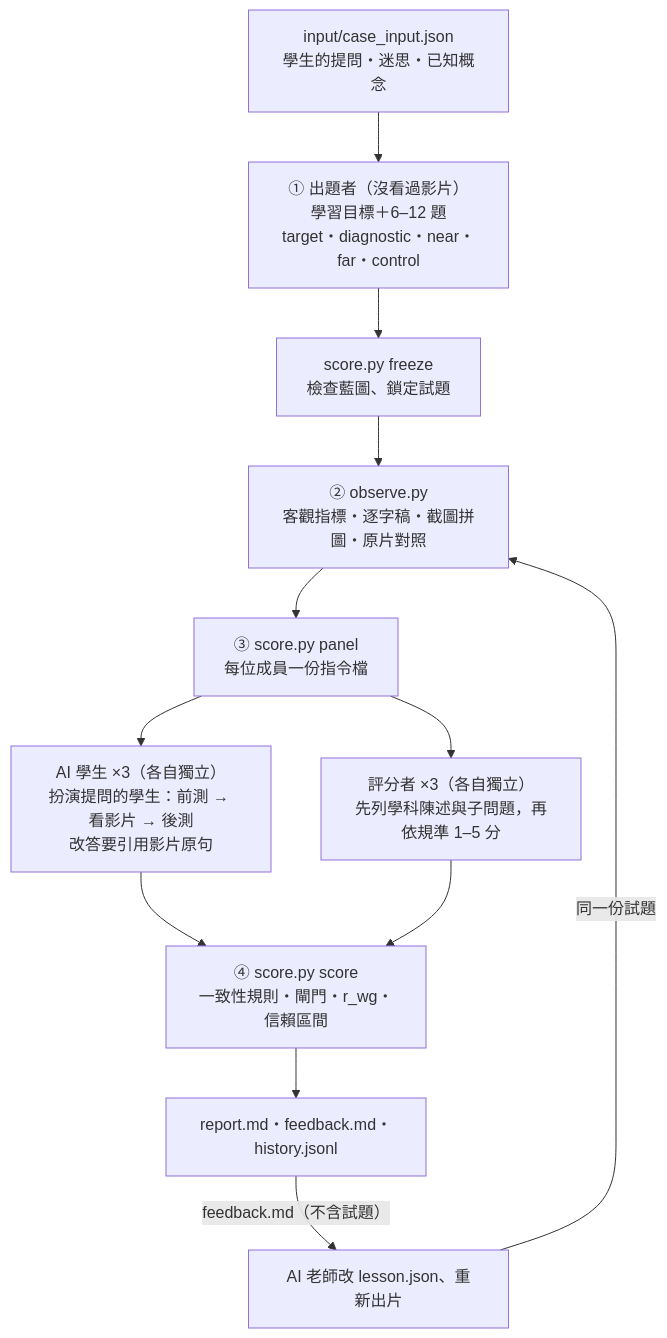
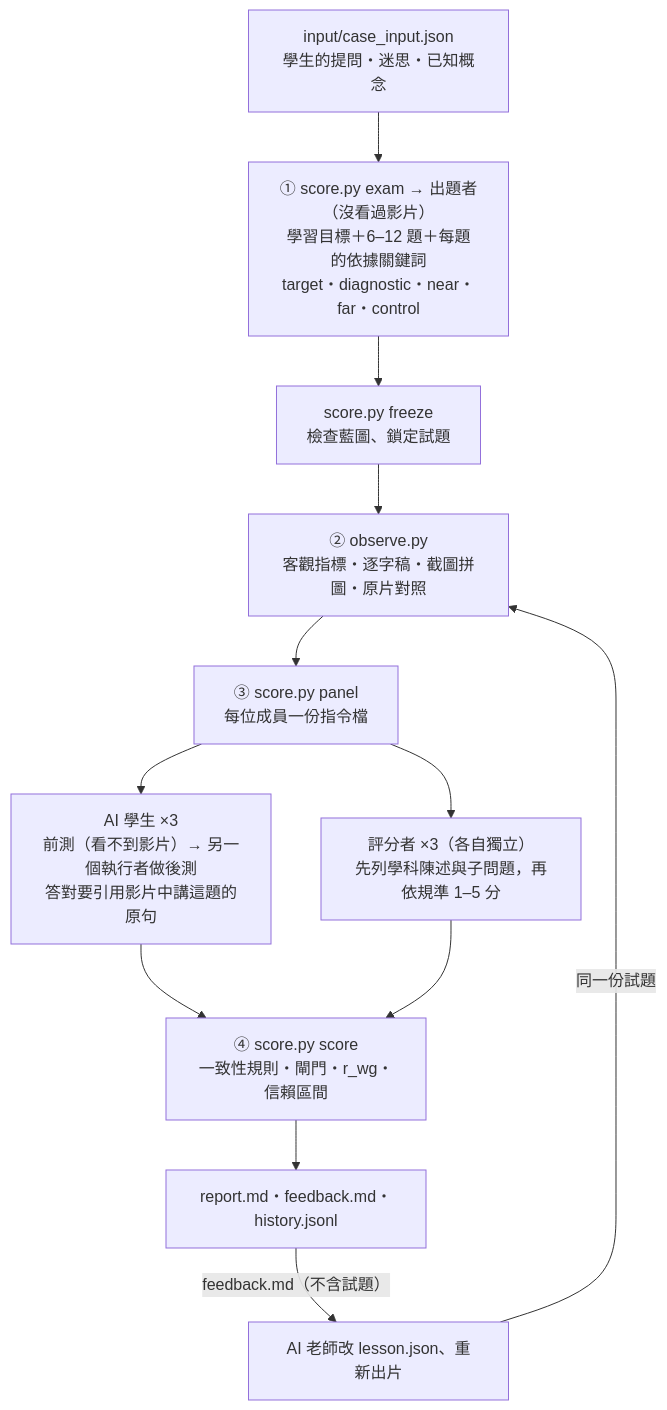
One commit to 47zzz/askback-skill changed the diagram in README.md. Above: the diagram before and after it, drawn with Mermaid. The commit also changed other lines of this file and 16 other files, not shown here.

````diff
--- a/README.md
+++ b/README.md
@@ -21,19 +21,19 @@
 ```mermaid
 flowchart TD
     CASE["input/case_input.json<br/>學生的提問・迷思・已知概念"]
-    EXAM["① 出題者（沒看過影片）<br/>學習目標＋6–12 題<br/>target・diagnostic・near・far・control"]
+    EXAM["① score.py exam → 出題者（沒看過影片）<br/>學習目標＋6–12 題＋每題的依據關鍵詞<br/>target・diagnostic・near・far・control"]
     LOCK["score.py freeze<br/>檢查藍圖、鎖定試題"]
     OBS["② observe.py<br/>客觀指標・逐字稿・截圖拼圖・原片對照"]
     PANEL["③ score.py panel<br/>每位成員一份指令檔"]
-    STU["AI 學生 ×3（各自獨立）<br/>扮演提問的學生：前測 → 看影片 → 後測<br/>改答要引用影片原句"]
+    STU["AI 學生 ×3<br/>前測（看不到影片）→ 另一個執行者做後測<br/>答對要引用影片中講這題的原句"]
     RAT["評分者 ×3（各自獨立）<br/>先列學科陳述與子問題，再依規準 1–5 分"]
     SCORE["④ score.py score<br/>一致性規則・閘門・r_wg・信賴區間"]
     OUT["report.md・feedback.md・history.jsonl"]
     TEACH["AI 老師改 lesson.json、重新出片"]
 
     CASE --> EXAM --> LOCK --> OBS --> PANEL
     PANEL --> STU --> SCORE
     PANEL --> RAT --> SCORE
     SCORE --> OUT
     OUT -->|feedback.md（不含試題）| TEACH -->|同一份試題| OBS
 ```
````
